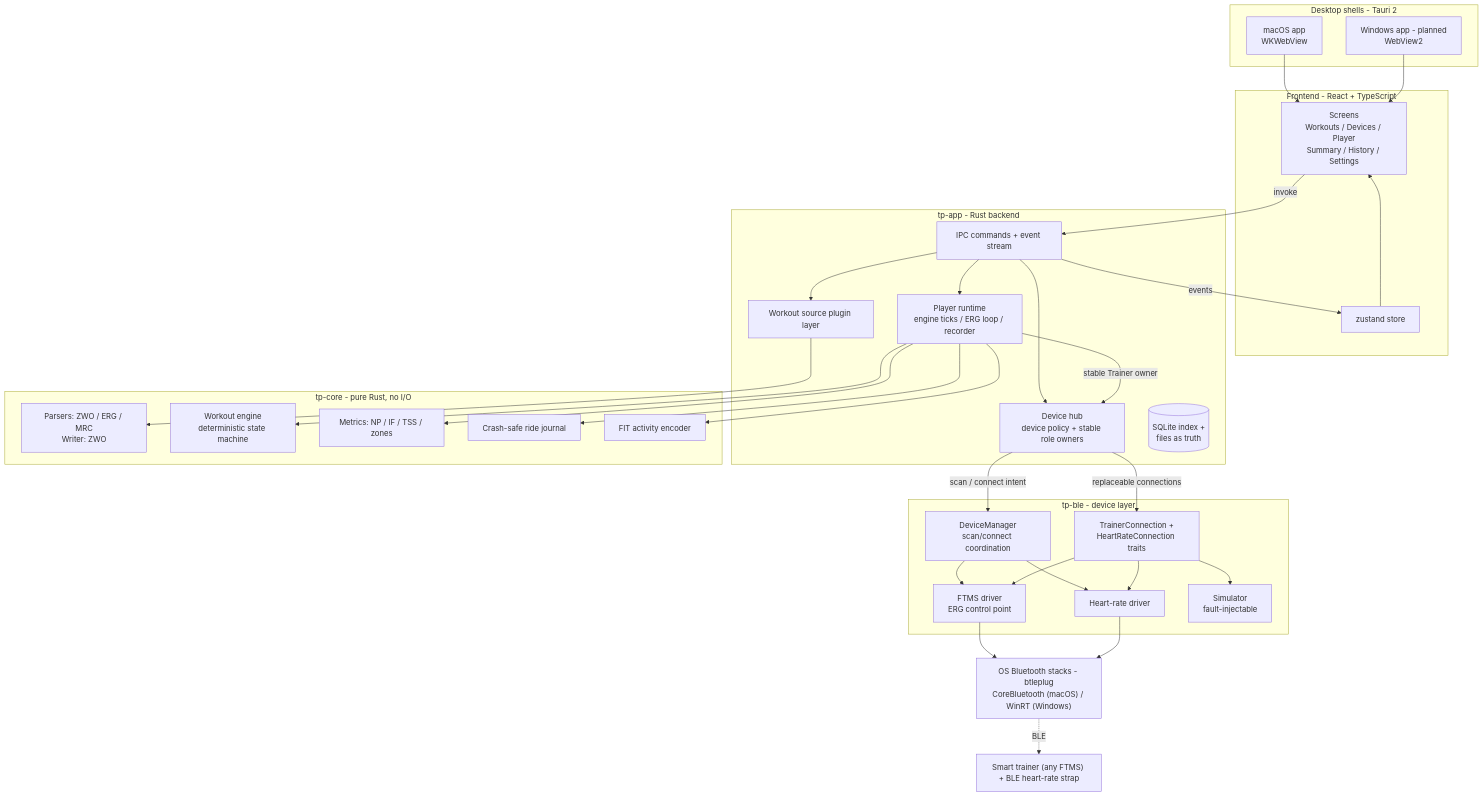
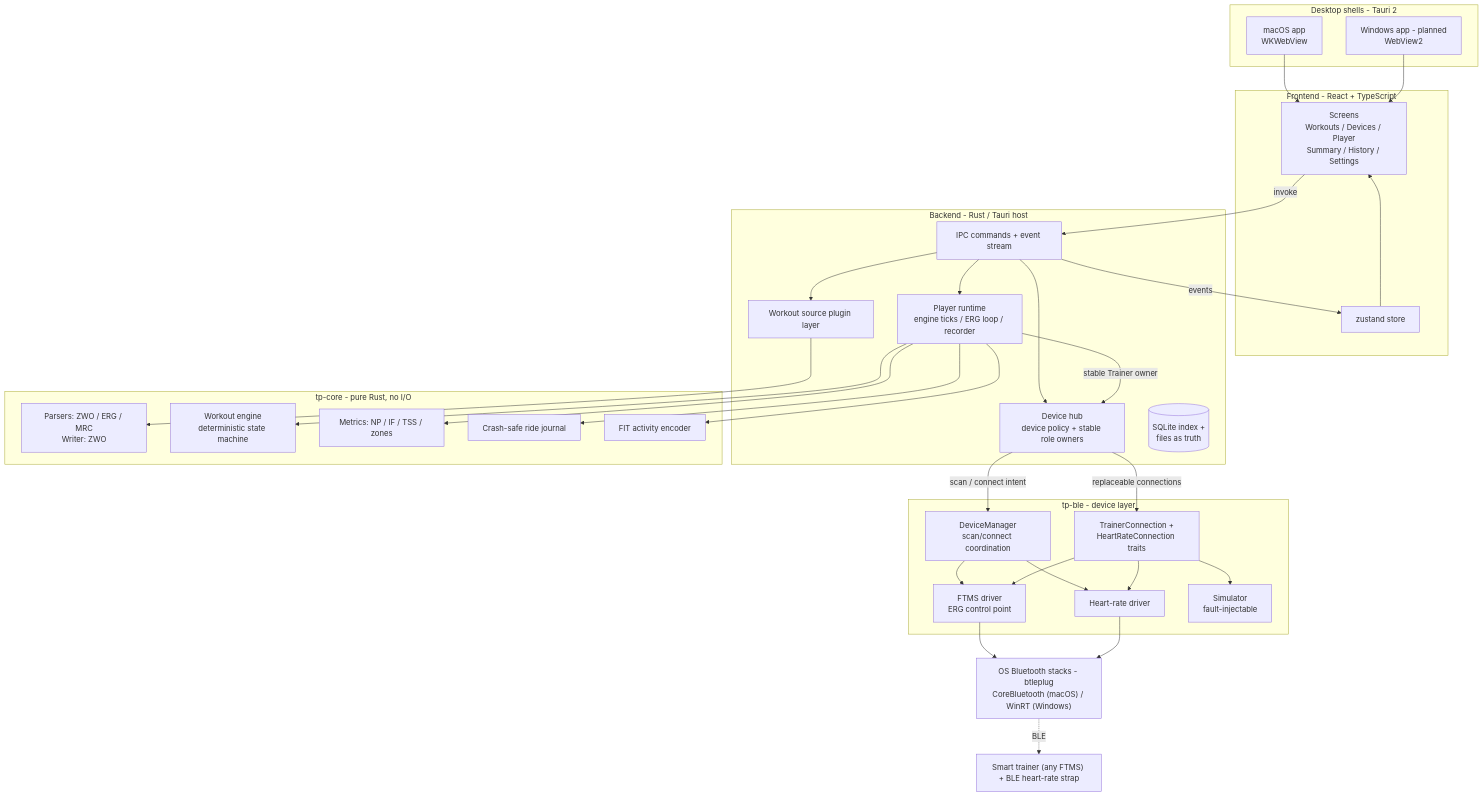
The diagram in README.md (sergioclemente/TrainerPro), drawn with Mermaid before and after one commit. The commit also changed other lines of this file and 29 other files, not shown here.

````diff
--- a/README.md
+++ b/README.md
@@ -43,64 +43,64 @@
 ```mermaid
 flowchart TD
     subgraph SHELLS["Desktop shells - Tauri 2"]
         MAC["macOS app<br/>WKWebView"]
         WIN["Windows app - planned<br/>WebView2"]
     end
 
     subgraph FRONTEND["Frontend - React + TypeScript"]
         SCREENS["Screens<br/>Workouts / Devices / Player<br/>Summary / History / Settings"]
         STORE["zustand store"]
     end
 
-    subgraph APP["tp-app - Rust backend"]
+    subgraph APP["Backend - Rust / Tauri host"]
         IPC["IPC commands + event stream"]
         SOURCES["Workout source plugin layer"]
         RUNTIME["Player runtime<br/>engine ticks / ERG loop / recorder"]
         HUB["Device hub<br/>device policy + stable role owners"]
         STORAGE[("SQLite index +<br/>files as truth")]
     end
 
     subgraph CORE["tp-core - pure Rust, no I/O"]
         PARSERS["Parsers: ZWO / ERG / MRC<br/>Writer: ZWO"]
         ENGINE["Workout engine<br/>deterministic state machine"]
         METRICS["Metrics: NP / IF / TSS / zones"]
         JOURNAL["Crash-safe ride journal"]
         FITENC["FIT activity encoder"]
     end
 
     subgraph BLE["tp-ble - device layer"]
         CENTRAL["DeviceManager<br/>scan/connect coordination"]
         TRAITS["TrainerConnection +<br/>HeartRateConnection traits"]
         FTMS["FTMS driver<br/>ERG control point"]
         HRDRV["Heart-rate driver"]
         SIMU["Simulator<br/>fault-injectable"]
     end
 
     OSBLE["OS Bluetooth stacks - btleplug<br/>CoreBluetooth (macOS) / WinRT (Windows)"]
     DEVICES["Smart trainer (any FTMS) + BLE heart-rate strap"]
 
     MAC --> SCREENS
     WIN --> SCREENS
     STORE --> SCREENS
     SCREENS -->|invoke| IPC
     IPC -->|events| STORE
     IPC --> SOURCES
     IPC --> RUNTIME
     IPC --> HUB
     SOURCES --> PARSERS
     RUNTIME --> ENGINE
     RUNTIME --> JOURNAL
     RUNTIME --> METRICS
     RUNTIME --> FITENC
     RUNTIME -->|stable Trainer owner| HUB
     HUB -->|scan / connect intent| CENTRAL
     HUB -->|replaceable connections| TRAITS
     CENTRAL --> FTMS
     CENTRAL --> HRDRV
     TRAITS --> FTMS
     TRAITS --> HRDRV
     TRAITS --> SIMU
     FTMS --> OSBLE
     HRDRV --> OSBLE
     OSBLE -.->|BLE| DEVICES
 ```
````
